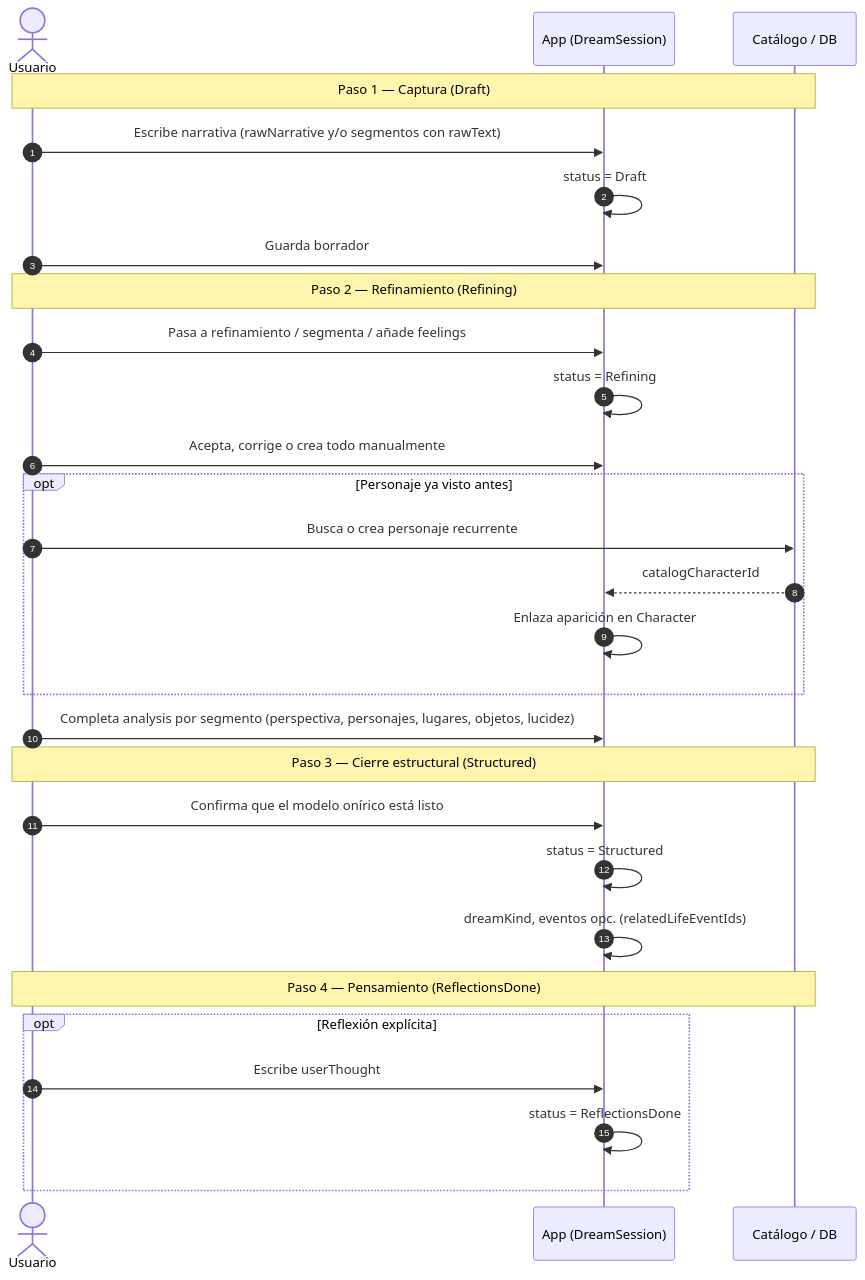
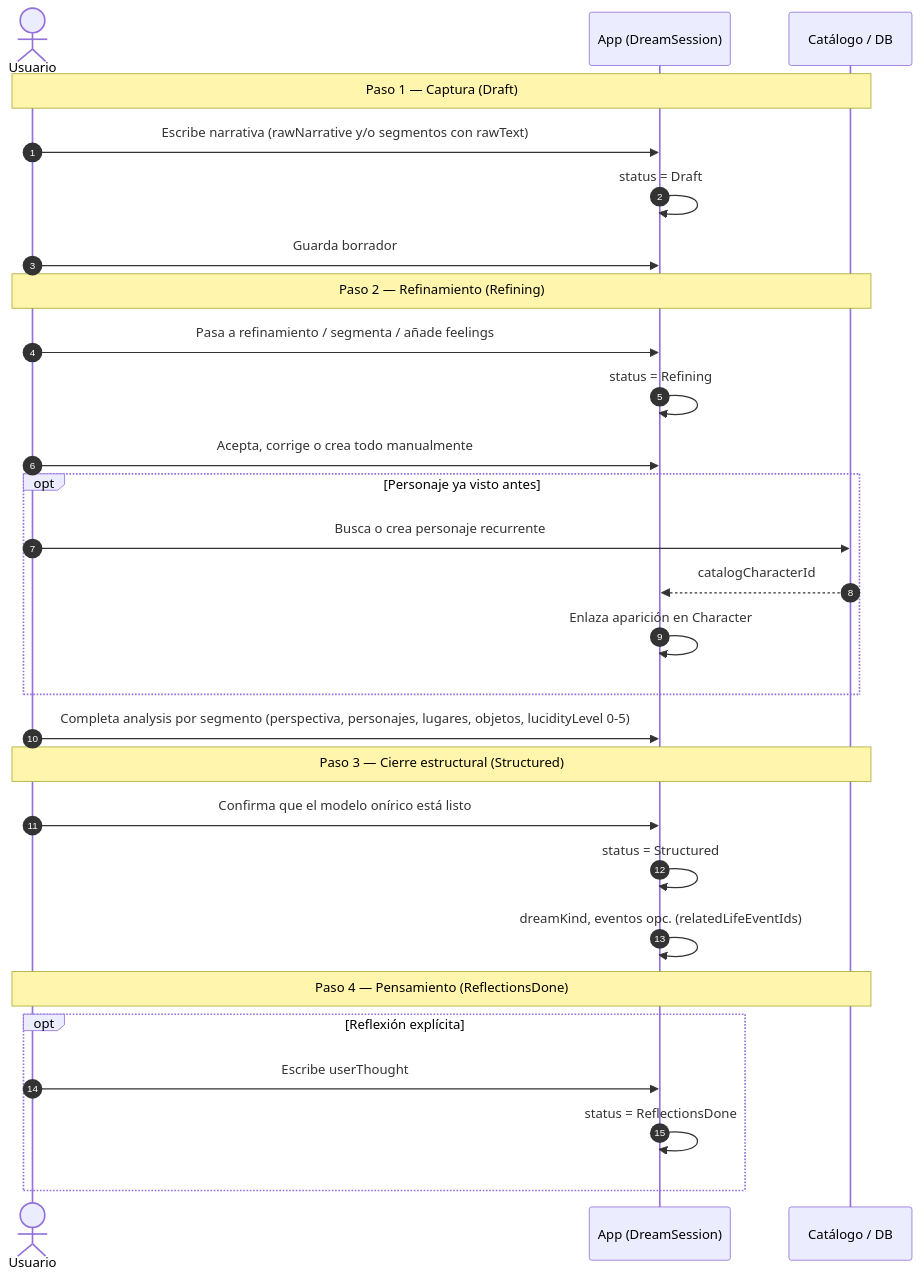
Before and after one commit to alexandernovadev/dreamai_back: the diagram in docs/dream-workflow-sequence.md, drawn with Mermaid. The commit also changed 3 other files, not shown here.

First line of the commit message:
Update documentation to include lucidity level validation

````diff
--- a/docs/dream-workflow-sequence.md
+++ b/docs/dream-workflow-sequence.md
@@ -5,34 +5,34 @@
 ```mermaid
 sequenceDiagram
     autonumber
     actor U as Usuario
     participant App as App (DreamSession)
     participant Cat as Catálogo / DB
 
     Note over U,Cat: Paso 1 — Captura (Draft)
     U->>App: Escribe narrativa (rawNarrative y/o segmentos con rawText)
     App->>App: status = Draft
     U->>App: Guarda borrador
 
     Note over U,Cat: Paso 2 — Refinamiento (Refining)
     U->>App: Pasa a refinamiento / segmenta / añade feelings
     App->>App: status = Refining
     U->>App: Acepta, corrige o crea todo manualmente
     opt Personaje ya visto antes
         U->>Cat: Busca o crea personaje recurrente
         Cat-->>App: catalogCharacterId
         App->>App: Enlaza aparición en Character
     end
-    U->>App: Completa analysis por segmento (perspectiva, personajes, lugares, objetos, lucidez)
+    U->>App: Completa analysis por segmento (perspectiva, personajes, lugares, objetos, lucidityLevel 0-5)
 
     Note over U,Cat: Paso 3 — Cierre estructural (Structured)
     U->>App: Confirma que el modelo onírico está listo
     App->>App: status = Structured
     App->>App: dreamKind, eventos opc. (relatedLifeEventIds)
 
     Note over U,Cat: Paso 4 — Pensamiento (ReflectionsDone)
     opt Reflexión explícita
         U->>App: Escribe userThought
         App->>App: status = ReflectionsDone
     end
 ```
````
